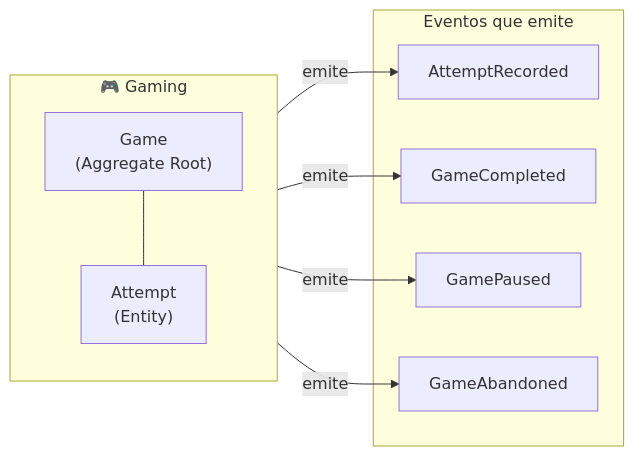
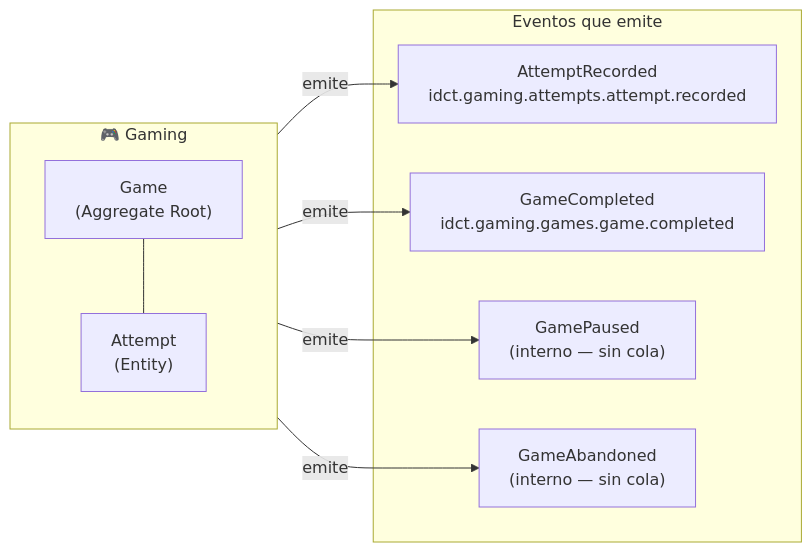
One commit to AbrahamVilchesDeLaCruz/ididntcatchthat changed the third of 7 diagrams in docs/domain/bounded-contexts-detail.md. Above: the diagram before and after it, drawn with Mermaid. The commit also changed other lines of this file and 4 other files, not shown here.

Commit message:
docs: update event flow documentation with detailed exchanges and triggers

````diff
--- a/docs/domain/bounded-contexts-detail.md
+++ b/docs/domain/bounded-contexts-detail.md
@@ -93,20 +93,20 @@
 ```mermaid
 graph LR
     subgraph Gaming ["🎮 Gaming"]
         Game["Game\n(Aggregate Root)"]
         Attempt["Attempt\n(Entity)"]
         Game --- Attempt
     end
 
     subgraph Emits ["Eventos que emite"]
-        E1["AttemptRecorded"]
-        E2["GameCompleted"]
-        E3["GamePaused"]
-        E4["GameAbandoned"]
+        E1["AttemptRecorded\nidct.gaming.attempts.attempt.recorded"]
+        E2["GameCompleted\nidct.gaming.games.game.completed"]
+        E3["GamePaused\n(interno — sin cola)"]
+        E4["GameAbandoned\n(interno — sin cola)"]
     end
 
     Gaming -->|emite| E1
     Gaming -->|emite| E2
     Gaming -->|emite| E3
     Gaming -->|emite| E4
 ```
````
